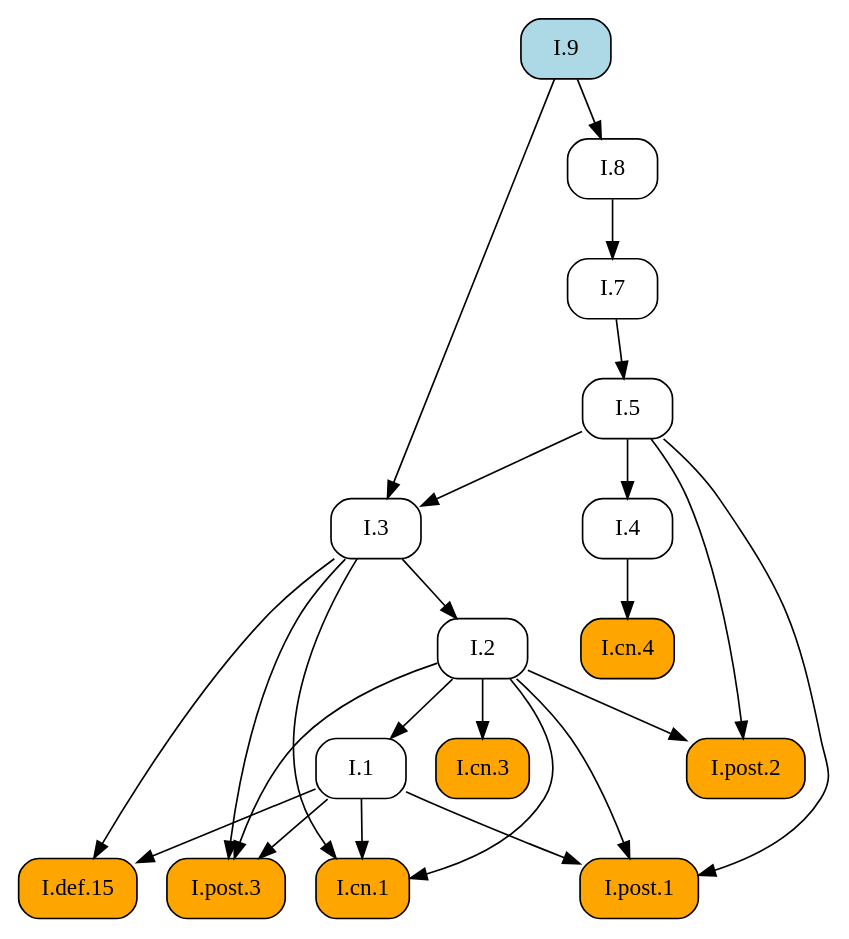
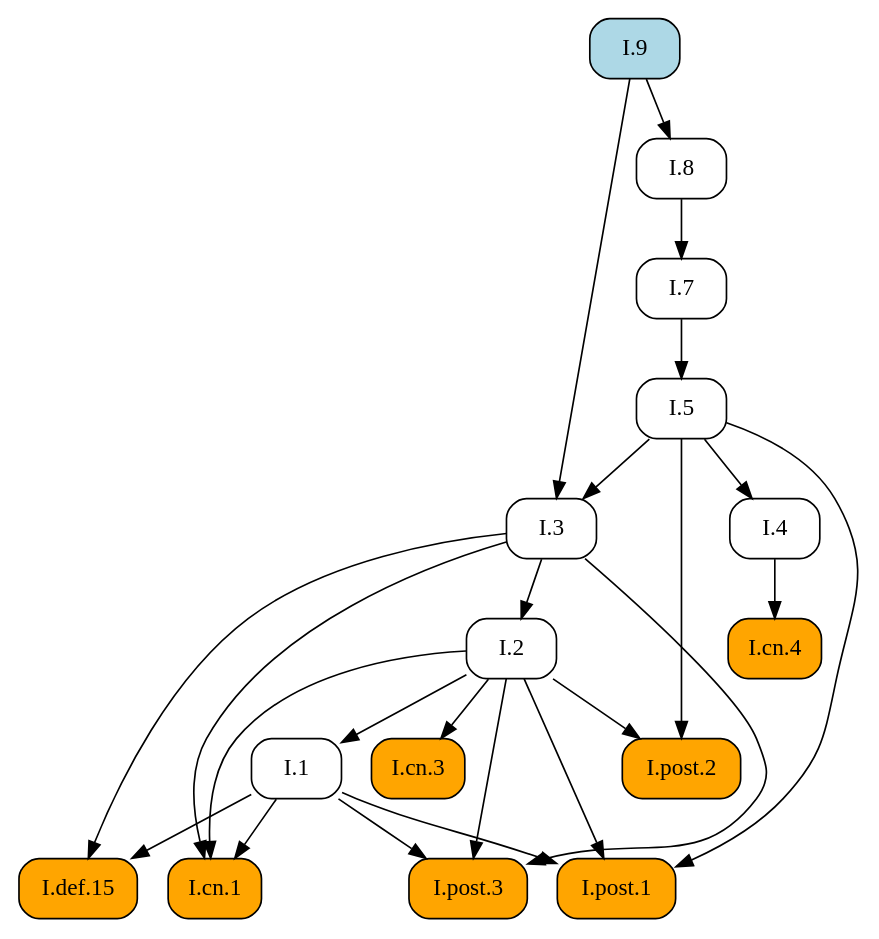
The diagram in docsrc/heath/I/9/index.rst (geometor/elements), drawn with Graphviz before and after one commit. The commit also changed other lines of this file and 484 other files, not shown here.

```diff
--- a/docsrc/heath/I/9/index.rst
+++ b/docsrc/heath/I/9/index.rst
@@ -44,44 +44,44 @@
 .. graphviz::
 
    digraph {
      rankdir="TB";
      node [shape=box, style=rounded];
+     "I.cn.1" [style="rounded,filled", fillcolor=orange, URL="/heath/I/cn.1/", target="_top"];
+     "I.9" [style="rounded,filled", fillcolor=lightblue, URL="/heath/I/9/", target="_top"];
+     "I.7" [URL="/heath/I/7/", target="_top"];
+     "I.2" [URL="/heath/I/2/", target="_top"];
      "I.def.15" [style="rounded,filled", fillcolor=orange, URL="/heath/I/def.15/", target="_top"];
-     "I.9" [style="rounded,filled", fillcolor=lightblue, URL="/heath/I/9/", target="_top"];
-     "I.post.3" [style="rounded,filled", fillcolor=orange, URL="/heath/I/post.3/", target="_top"];
-     "I.1" [URL="/heath/I/1/", target="_top"];
-     "I.cn.1" [style="rounded,filled", fillcolor=orange, URL="/heath/I/cn.1/", target="_top"];
-     "I.7" [URL="/heath/I/7/", target="_top"];
-     "I.3" [URL="/heath/I/3/", target="_top"];
-     "I.cn.3" [style="rounded,filled", fillcolor=orange, URL="/heath/I/cn.3/", target="_top"];
-     "I.8" [URL="/heath/I/8/", target="_top"];
-     "I.2" [URL="/heath/I/2/", target="_top"];
      "I.4" [URL="/heath/I/4/", target="_top"];
      "I.cn.4" [style="rounded,filled", fillcolor=orange, URL="/heath/I/cn.4/", target="_top"];
+     "I.1" [URL="/heath/I/1/", target="_top"];
+     "I.post.3" [style="rounded,filled", fillcolor=orange, URL="/heath/I/post.3/", target="_top"];
      "I.post.1" [style="rounded,filled", fillcolor=orange, URL="/heath/I/post.1/", target="_top"];
+     "I.8" [URL="/heath/I/8/", target="_top"];
      "I.post.2" [style="rounded,filled", fillcolor=orange, URL="/heath/I/post.2/", target="_top"];
      "I.5" [URL="/heath/I/5/", target="_top"];
-     "I.1" -> "I.def.15";
-     "I.3" -> "I.def.15";
-     "I.1" -> "I.post.3";
-     "I.2" -> "I.post.3";
-     "I.3" -> "I.post.3";
-     "I.2" -> "I.1";
+     "I.cn.3" [style="rounded,filled", fillcolor=orange, URL="/heath/I/cn.3/", target="_top"];
+     "I.3" [URL="/heath/I/3/", target="_top"];
      "I.1" -> "I.cn.1";
      "I.2" -> "I.cn.1";
      "I.3" -> "I.cn.1";
      "I.8" -> "I.7";
-     "I.5" -> "I.3";
-     "I.9" -> "I.3";
-     "I.2" -> "I.cn.3";
-     "I.9" -> "I.8";
      "I.3" -> "I.2";
+     "I.1" -> "I.def.15";
+     "I.3" -> "I.def.15";
      "I.5" -> "I.4";
      "I.4" -> "I.cn.4";
+     "I.2" -> "I.1";
+     "I.1" -> "I.post.3";
+     "I.2" -> "I.post.3";
+     "I.3" -> "I.post.3";
      "I.1" -> "I.post.1";
      "I.2" -> "I.post.1";
      "I.5" -> "I.post.1";
+     "I.9" -> "I.8";
      "I.2" -> "I.post.2";
      "I.5" -> "I.post.2";
      "I.7" -> "I.5";
+     "I.2" -> "I.cn.3";
+     "I.5" -> "I.3";
+     "I.9" -> "I.3";
    }
```
